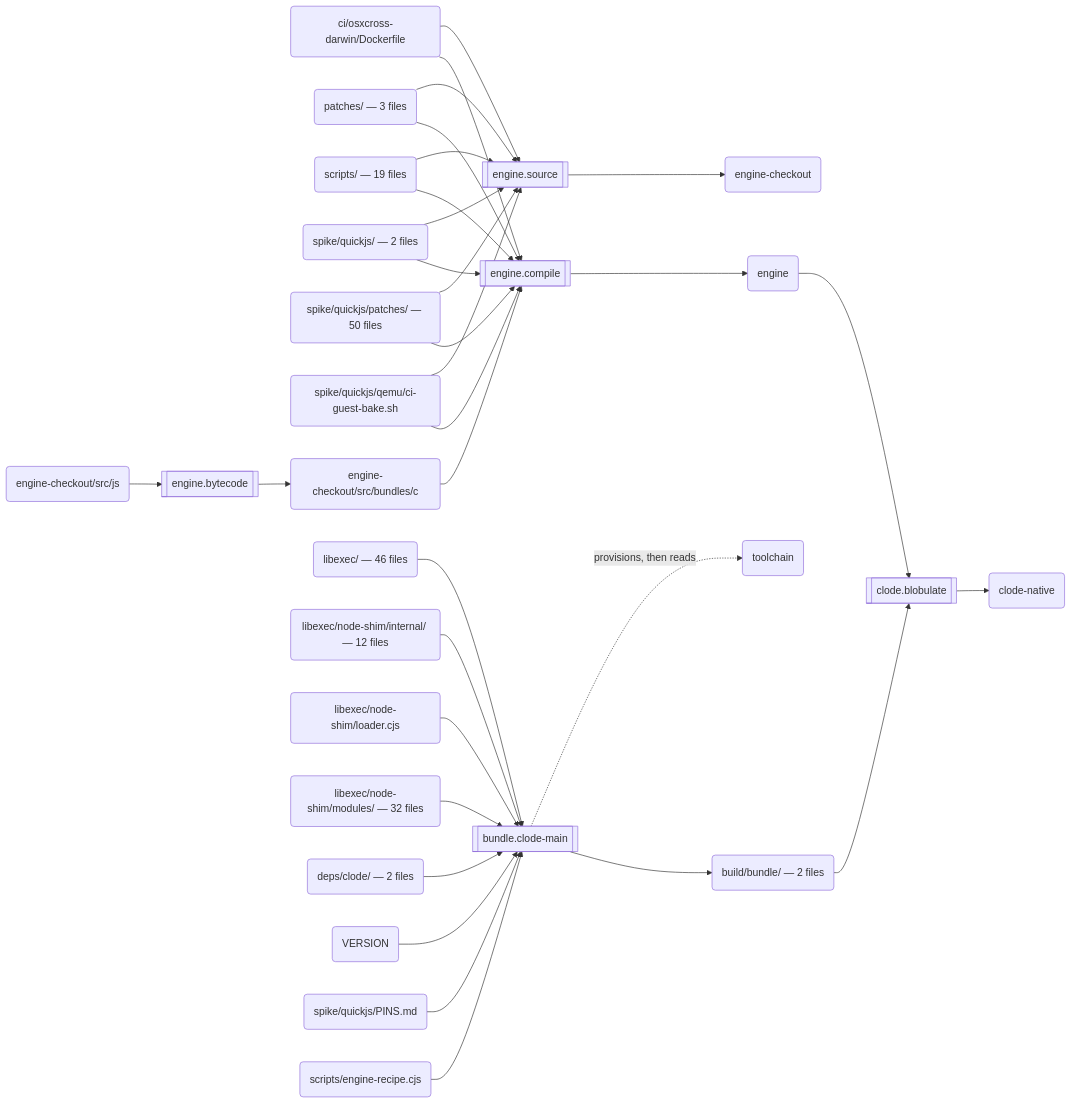
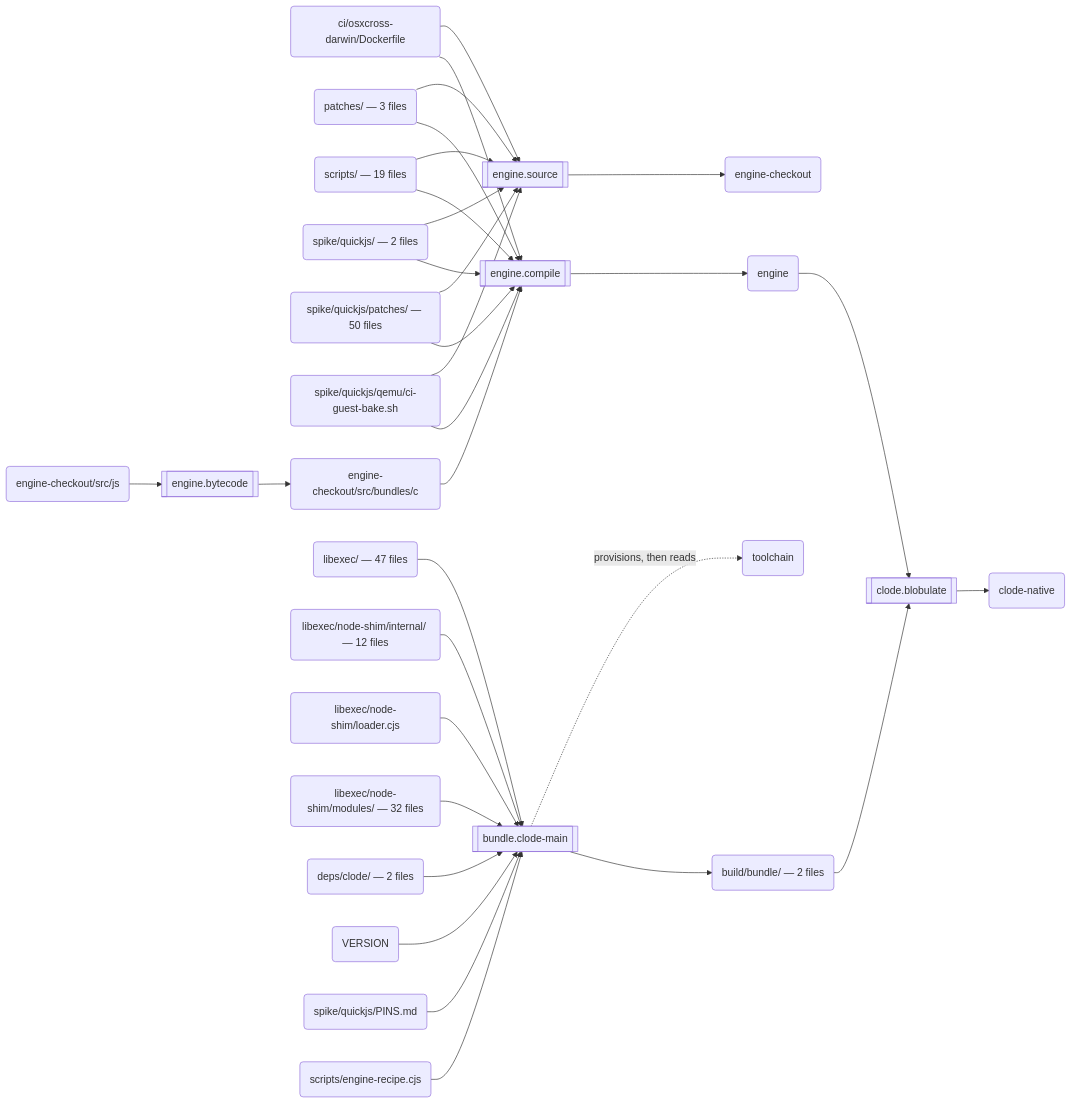
The second of 3 diagrams in docs/build.md (schmonz/clode), drawn with Mermaid before and after one commit. The commit also changed 39 other files, not shown here.

````diff
--- a/docs/build.md
+++ b/docs/build.md
@@ -123,59 +123,59 @@
 ```mermaid
 flowchart LR
   s0[["engine.source"]]
   a0("ci/osxcross-darwin/Dockerfile")
   a1("patches/ — 3 files")
   a2("scripts/ — 19 files")
   a3("spike/quickjs/ — 2 files")
   a4("spike/quickjs/patches/ — 50 files")
   a5("spike/quickjs/qemu/ci-guest-bake.sh")
   a6("engine-checkout")
   s1[["engine.bytecode"]]
   a7("engine-checkout/src/js")
   a8("engine-checkout/src/bundles/c")
   s2[["engine.compile"]]
   a9("engine")
   s3[["bundle.clode-main"]]
-  a10("libexec/ — 46 files")
+  a10("libexec/ — 47 files")
   a11("libexec/node-shim/internal/ — 12 files")
   a12("libexec/node-shim/loader.cjs")
   a13("libexec/node-shim/modules/ — 32 files")
   a14("deps/clode/ — 2 files")
   a15("VERSION")
   a16("spike/quickjs/PINS.md")
   a17("scripts/engine-recipe.cjs")
   a18("toolchain")
   a19("build/bundle/ — 2 files")
   s4[["clode.blobulate"]]
   a20("clode-native")
   a0 --> s0
   a1 --> s0
   a2 --> s0
   a3 --> s0
   a4 --> s0
   a5 --> s0
   s0 --> a6
   a7 --> s1
   s1 --> a8
   a8 --> s2
   a0 --> s2
   a1 --> s2
   a2 --> s2
   a3 --> s2
   a4 --> s2
   a5 --> s2
   s2 --> a9
   a10 --> s3
   a11 --> s3
   a12 --> s3
   a13 --> s3
   a14 --> s3
   a15 --> s3
   a16 --> s3
   a17 --> s3
   s3 -.->|"provisions, then reads"| a18
   s3 --> a19
   a9 --> s4
   a19 --> s4
   s4 --> a20
 ```
````
